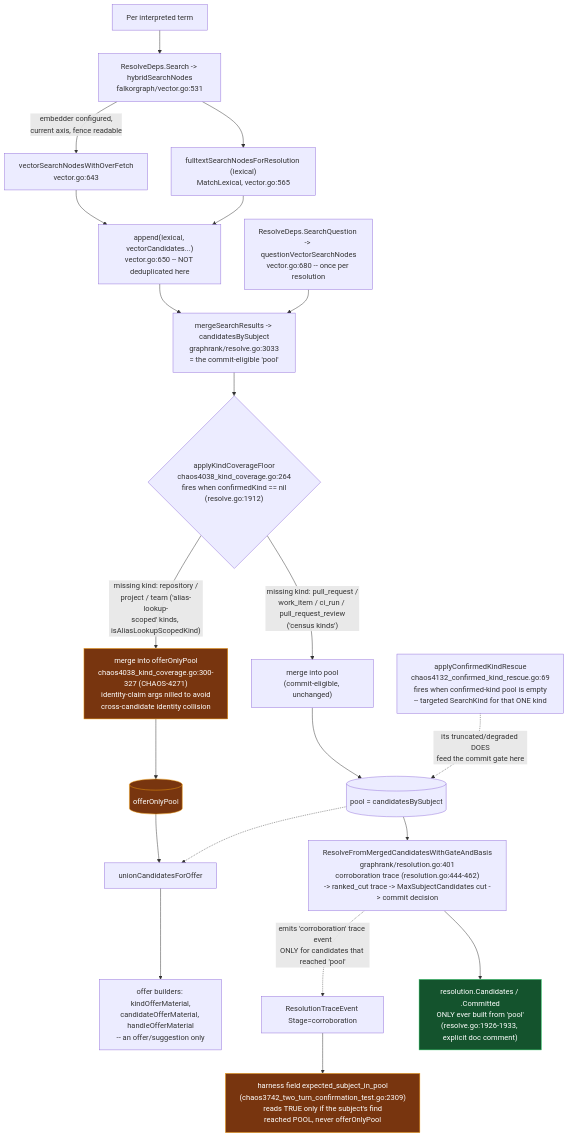
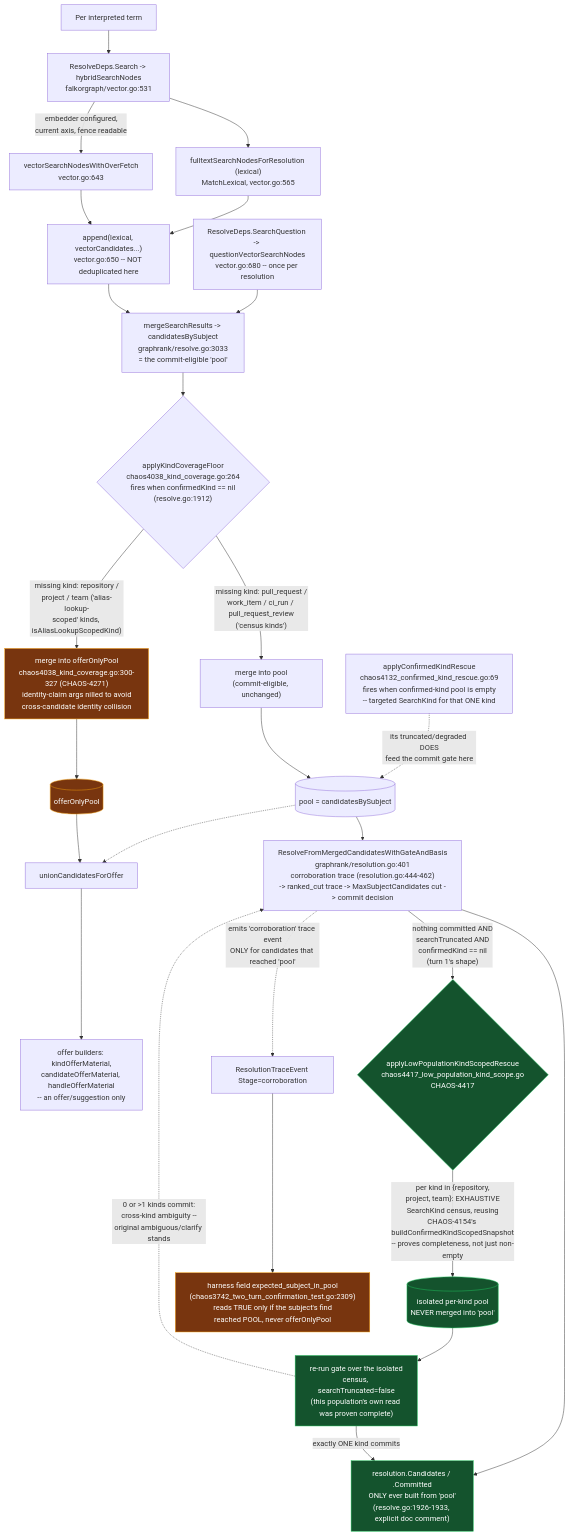
One commit to full-chaos/dev-health-acr changed the second of 8 diagrams in docs/design/context-fabric-architecture-diagrams.md. Above: the diagram before and after it, drawn with Mermaid. The commit also changed other lines of this file and 9 other files, not shown here.

First line of the commit message:
CHAOS-4417: kind-scoped completeness rescue before receipt confirmation

````diff
--- a/docs/design/context-fabric-architecture-diagrams.md
+++ b/docs/design/context-fabric-architecture-diagrams.md
@@ -183,33 +183,39 @@
 ```mermaid
 flowchart TD
   TERM["Per interpreted term"] --> SEARCH["ResolveDeps.Search -> hybridSearchNodes<br/>falkorgraph/vector.go:531"]
   SEARCH --> LEX["fulltextSearchNodesForResolution (lexical)<br/>MatchLexical, vector.go:565"]
   SEARCH -->|"embedder configured,<br/>current axis, fence readable"| VEC["vectorSearchNodesWithOverFetch<br/>vector.go:643"]
   LEX --> MERGE1["append(lexical, vectorCandidates...)<br/>vector.go:650 -- NOT deduplicated here"]
   VEC --> MERGE1
   QSEARCH["ResolveDeps.SearchQuestion -> questionVectorSearchNodes<br/>vector.go:680 -- once per resolution"] --> MERGE2
   MERGE1 --> MERGE2["mergeSearchResults -> candidatesBySubject<br/>graphrank/resolve.go:3033<br/>= the commit-eligible 'pool'"]
 
   MERGE2 --> FLOOR{"applyKindCoverageFloor<br/>chaos4038_kind_coverage.go:264<br/>fires when confirmedKind == nil<br/>(resolve.go:1912)"}
   FLOOR -->|"missing kind: pull_request /<br/>work_item / ci_run / pull_request_review<br/>('census kinds')"| POOLIN["merge into pool<br/>(commit-eligible, unchanged)"]
   FLOOR -->|"missing kind: repository /<br/>project / team ('alias-lookup-<br/>scoped' kinds, isAliasLookupScopedKind)"| OFFERONLY["merge into offerOnlyPool<br/>chaos4038_kind_coverage.go:300-327 (CHAOS-4271)<br/>identity-claim args nilled to avoid<br/>cross-candidate identity collision"]
   POOLIN --> POOL[("pool = candidatesBySubject")]
   OFFERONLY --> OOP[("offerOnlyPool")]
 
   RESCUE["applyConfirmedKindRescue<br/>chaos4132_confirmed_kind_rescue.go:69<br/>fires when confirmed-kind pool is empty<br/>-- targeted SearchKind for that ONE kind"] -.->|"its truncated/degraded DOES<br/>feed the commit gate here"| POOL
 
   POOL --> GATE["ResolveFromMergedCandidatesWithGateAndBasis<br/>graphrank/resolution.go:401<br/>corroboration trace (resolution.go:444-462)<br/>-> ranked_cut trace -> MaxSubjectCandidates cut -> commit decision"]
   GATE --> COMMITTABLE["resolution.Candidates / .Committed<br/>ONLY ever built from 'pool'<br/>(resolve.go:1926-1933, explicit doc comment)"]
 
+  GATE -->|"nothing committed AND<br/>searchTruncated AND<br/>confirmedKind == nil<br/>(turn 1's shape)"| LOWPOP{"applyLowPopulationKindScopedRescue<br/>chaos4417_low_population_kind_scope.go<br/>CHAOS-4417"}
+  LOWPOP -->|"per kind in {repository,<br/>project, team}: EXHAUSTIVE<br/>SearchKind census, reusing<br/>CHAOS-4154's buildConfirmedKindScopedSnapshot<br/>-- proves completeness, not just non-empty"| ISOPOOL[("isolated per-kind pool<br/>NEVER merged into 'pool'")]
+  ISOPOOL --> LOWGATE["re-run gate over the isolated<br/>census, searchTruncated=false<br/>(this population's own read was proven complete)"]
+  LOWGATE -->|"exactly ONE kind commits"| COMMITTABLE
+  LOWGATE -.->|"0 or >1 kinds commit:<br/>cross-kind ambiguity --<br/>original ambiguous/clarify stands"| GATE
+
   OOP --> UNION["unionCandidatesForOffer"]
   POOL -.-> UNION
   UNION --> OFFERS["offer builders: kindOfferMaterial,<br/>candidateOfferMaterial, handleOfferMaterial<br/>-- an offer/suggestion only"]
 
   GATE -.->|"emits 'corroboration' trace event<br/>ONLY for candidates that reached 'pool'"| TRACE["ResolutionTraceEvent Stage=corroboration"]
   TRACE --> EXPPOOL["harness field expected_subject_in_pool<br/>(chaos3742_two_turn_confirmation_test.go:2309)<br/>reads TRUE only if the subject's find<br/>reached POOL, never offerOnlyPool"]
 
   classDef gap fill:#78350f,stroke:#f59e0b,color:#ffffff
   classDef fixed fill:#14532d,stroke:#22c55e,color:#ffffff
   class OFFERONLY,OOP,EXPPOOL gap
-  class COMMITTABLE fixed
+  class COMMITTABLE,LOWPOP,ISOPOOL,LOWGATE fixed
 ```
````
